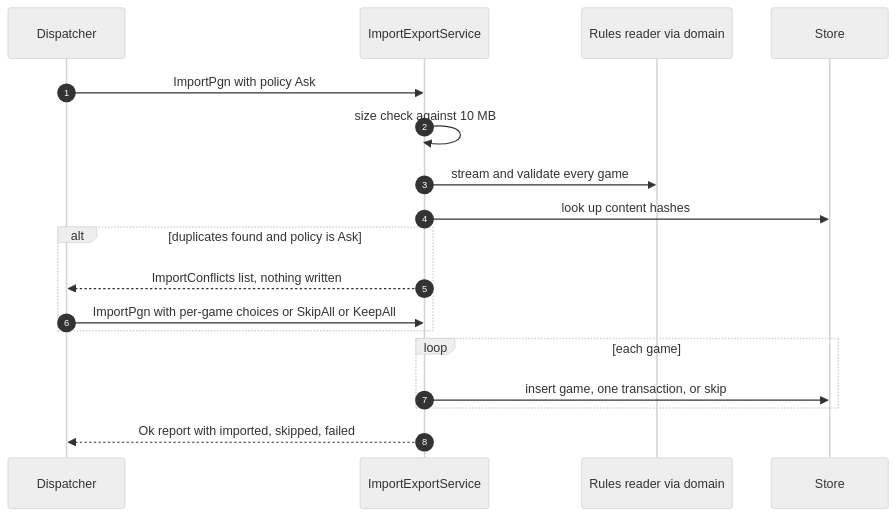
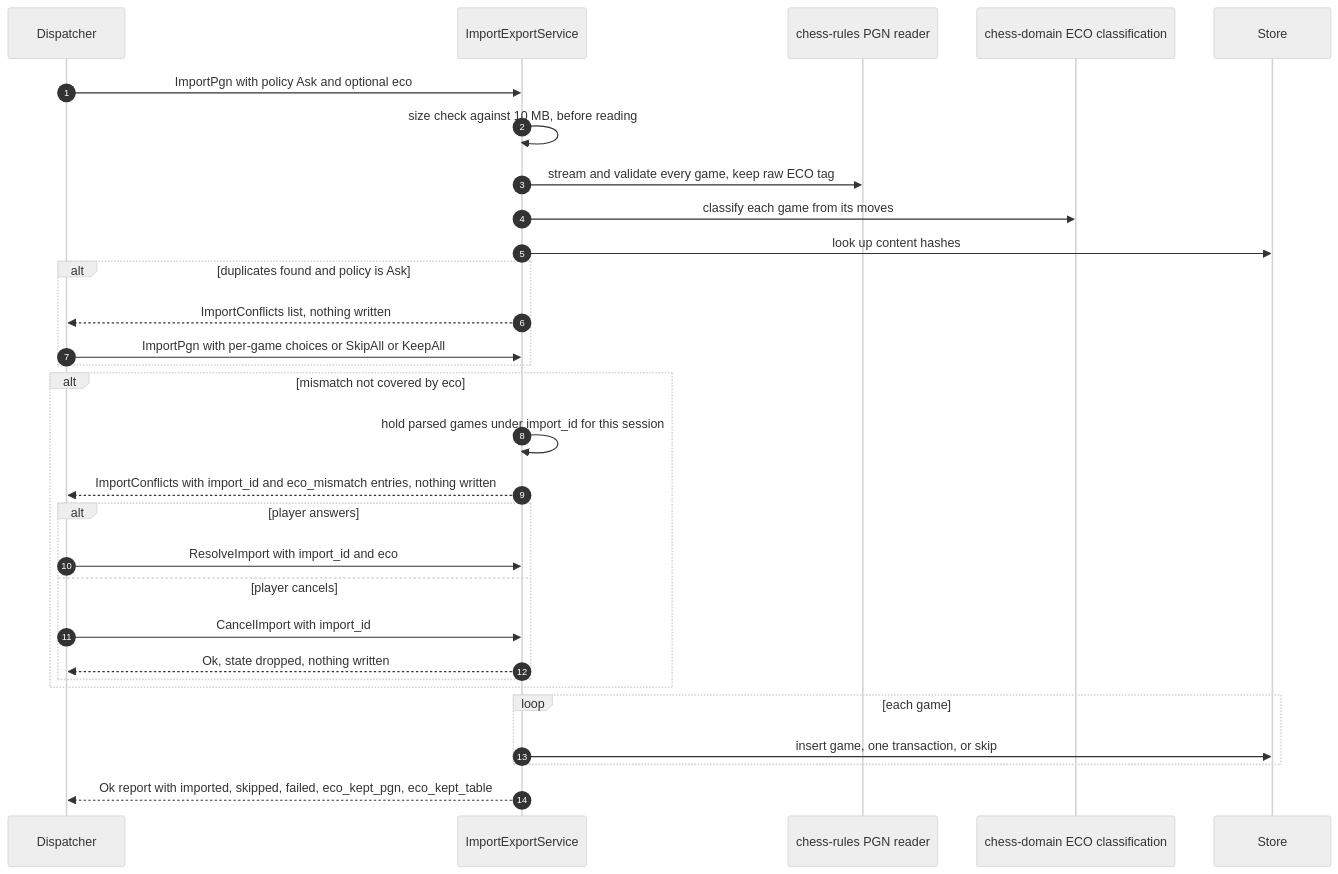
The ninth of 15 diagrams in docs/design/SDD-chess-app.md (bprascher/chess), drawn with Mermaid (neutral theme) before and after one commit. The commit also changed other lines of this file and 17 other files, not shown here.

First line of the commit message:
Apply architecture addendum B and C to the SDDs and add the v0.4 consistency pass

````diff
--- a/docs/design/SDD-chess-app.md
+++ b/docs/design/SDD-chess-app.md
@@ -581,20 +639,32 @@
 ```mermaid
 sequenceDiagram
     autonumber
     participant D as Dispatcher
     participant IO as ImportExportService
-    participant R as Rules reader via domain
+    participant R as chess-rules PGN reader
+    participant DM as chess-domain ECO classification
     participant ST as Store
-    D->>IO: ImportPgn with policy Ask
-    IO->>IO: size check against 10 MB
-    IO->>R: stream and validate every game
+    D->>IO: ImportPgn with policy Ask and optional eco
+    IO->>IO: size check against 10 MB, before reading
+    IO->>R: stream and validate every game, keep raw ECO tag
+    IO->>DM: classify each game from its moves
     IO->>ST: look up content hashes
     alt duplicates found and policy is Ask
         IO-->>D: ImportConflicts list, nothing written
         D->>IO: ImportPgn with per-game choices or SkipAll or KeepAll
     end
+    alt mismatch not covered by eco
+        IO->>IO: hold parsed games under import_id for this session
+        IO-->>D: ImportConflicts with import_id and eco_mismatch entries, nothing written
+        alt player answers
+            D->>IO: ResolveImport with import_id and eco
+        else player cancels
+            D->>IO: CancelImport with import_id
+            IO-->>D: Ok, state dropped, nothing written
+        end
+    end
     loop each game
         IO->>ST: insert game, one transaction, or skip
     end
-    IO-->>D: Ok report with imported, skipped, failed
+    IO-->>D: Ok report with imported, skipped, failed, eco_kept_pgn, eco_kept_table
 ```
````
